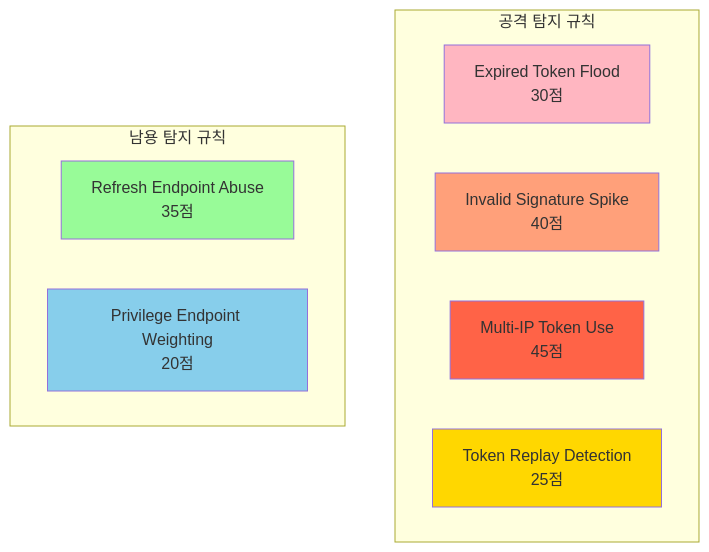
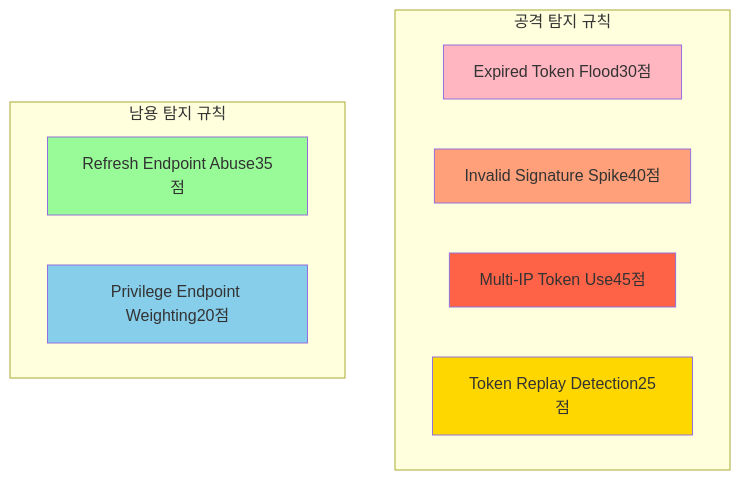
Before and after one commit to BrianChanLEE/jwt-waf: the first of 7 diagrams in docs/RULES.md, drawn with Mermaid. The commit also changed other lines of this file and 3 other files, not shown here.

````diff
--- a/docs/RULES.md
+++ b/docs/RULES.md
@@ -7,21 +7,21 @@
 ```mermaid
 graph TB
     subgraph "공격 탐지 규칙"
-        A[Expired Token Flood<br/>30점]
-        B[Invalid Signature Spike<br/>40점]
-        C[Multi-IP Token Use<br/>45점]
-        D[Token Replay Detection<br/>25점]
+        A[Expired Token Flood30점]
+        B[Invalid Signature Spike40점]
+        C[Multi-IP Token Use45점]
+        D[Token Replay Detection25점]
     end
     
     subgraph "남용 탐지 규칙"
-        E[Refresh Endpoint Abuse<br/>35점]
-        F[Privilege Endpoint Weighting<br/>20점]
+        E[Refresh Endpoint Abuse35점]
+        F[Privilege Endpoint Weighting20점]
     end
     
     style A fill:#FFB6C1
     style B fill:#FFA07A
     style C fill:#FF6347
     style D fill:#FFD700
     style E fill:#98FB98
     style F fill:#87CEEB
 ```
````
